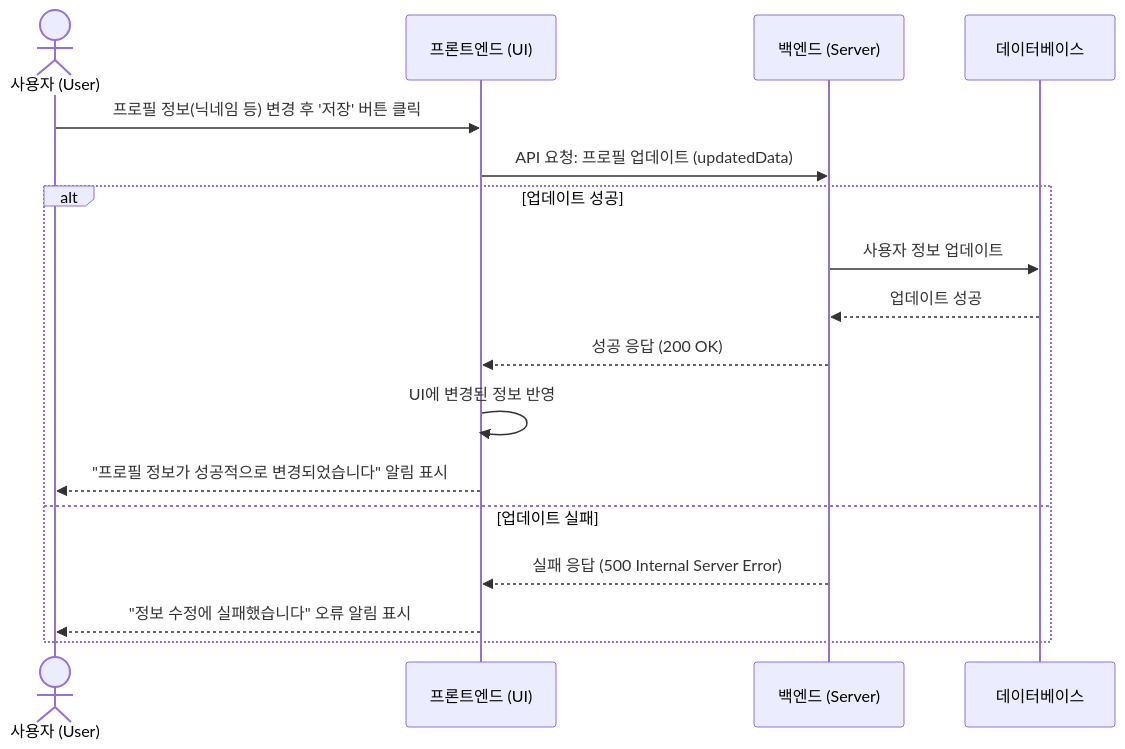
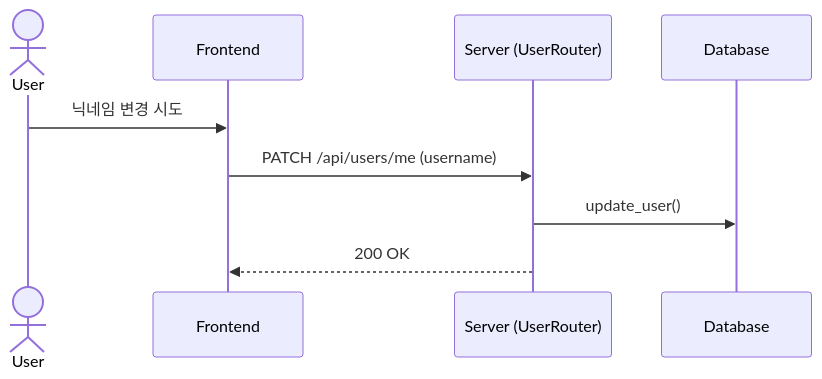
Before and after one commit to YU-SoftwareEng/AlphaBot: diagram 13 of 14 in 문서/SDS/SDS_[Alphabot]_4_SequenceDiagram.md, drawn with Mermaid. The commit also changed other lines of this file and 4 other files, not shown here.

````diff
--- a/문서/SDS/SDS_[Alphabot]_4_SequenceDiagram.md
+++ b/문서/SDS/SDS_[Alphabot]_4_SequenceDiagram.md
@@ -498,21 +293,12 @@
 ```mermaid
 sequenceDiagram
-    actor 사용자 as 사용자 (User)
-    participant Frontend as 프론트엔드 (UI)
-    participant Backend as 백엔드 (Server)
-    participant DB as 데이터베이스
-    
-    사용자 ->> Frontend: 프로필 정보(닉네임 등) 변경 후 '저장' 버튼 클릭
-    Frontend ->> Backend: API 요청: 프로필 업데이트 (updatedData)
+    actor User
+    participant Frontend
+    participant Server (UserRouter)
+    participant Database
 
-    alt 업데이트 성공
-        Backend ->> DB: 사용자 정보 업데이트
-        DB -->> Backend: 업데이트 성공
-        Backend -->> Frontend: 성공 응답 (200 OK)
-        Frontend ->> Frontend: UI에 변경된 정보 반영
-        Frontend -->> 사용자: "프로필 정보가 성공적으로 변경되었습니다" 알림 표시
-    else 업데이트 실패
-        Backend -->> Frontend: 실패 응답 (500 Internal Server Error)
-        Frontend -->> 사용자: "정보 수정에 실패했습니다" 오류 알림 표시
-    end
+    User->>Frontend: 닉네임 변경 시도
+    Frontend->>Server (UserRouter): PATCH /api/users/me (username)
+    Server (UserRouter)->>Database: update_user()
+    Server (UserRouter)-->>Frontend: 200 OK
 ```
````
